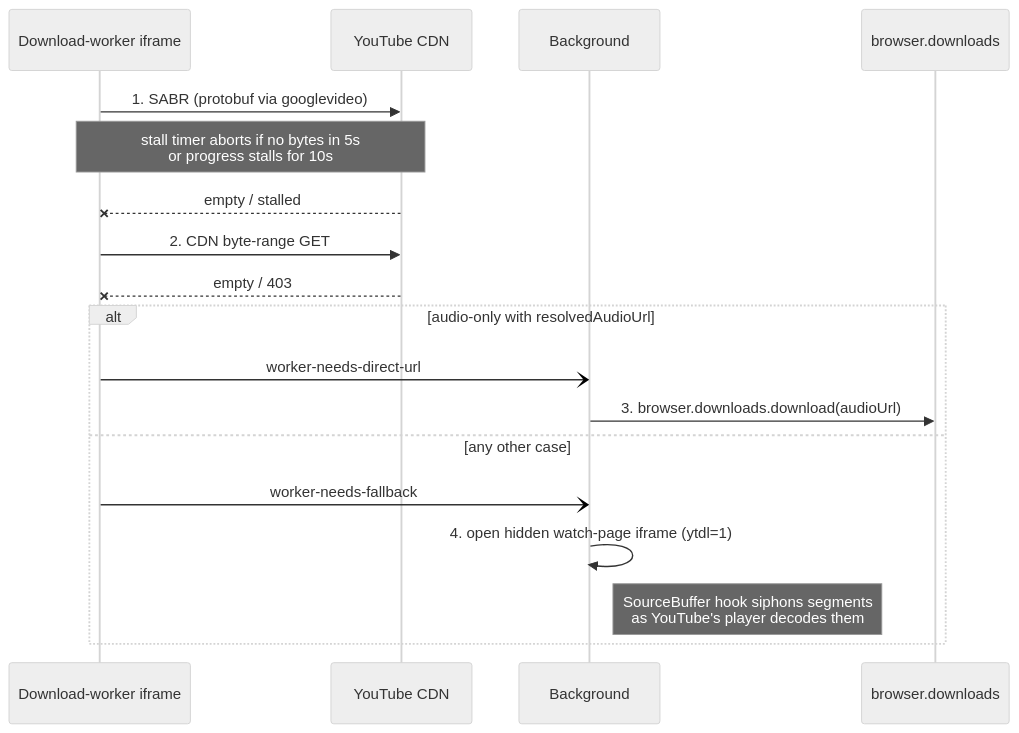
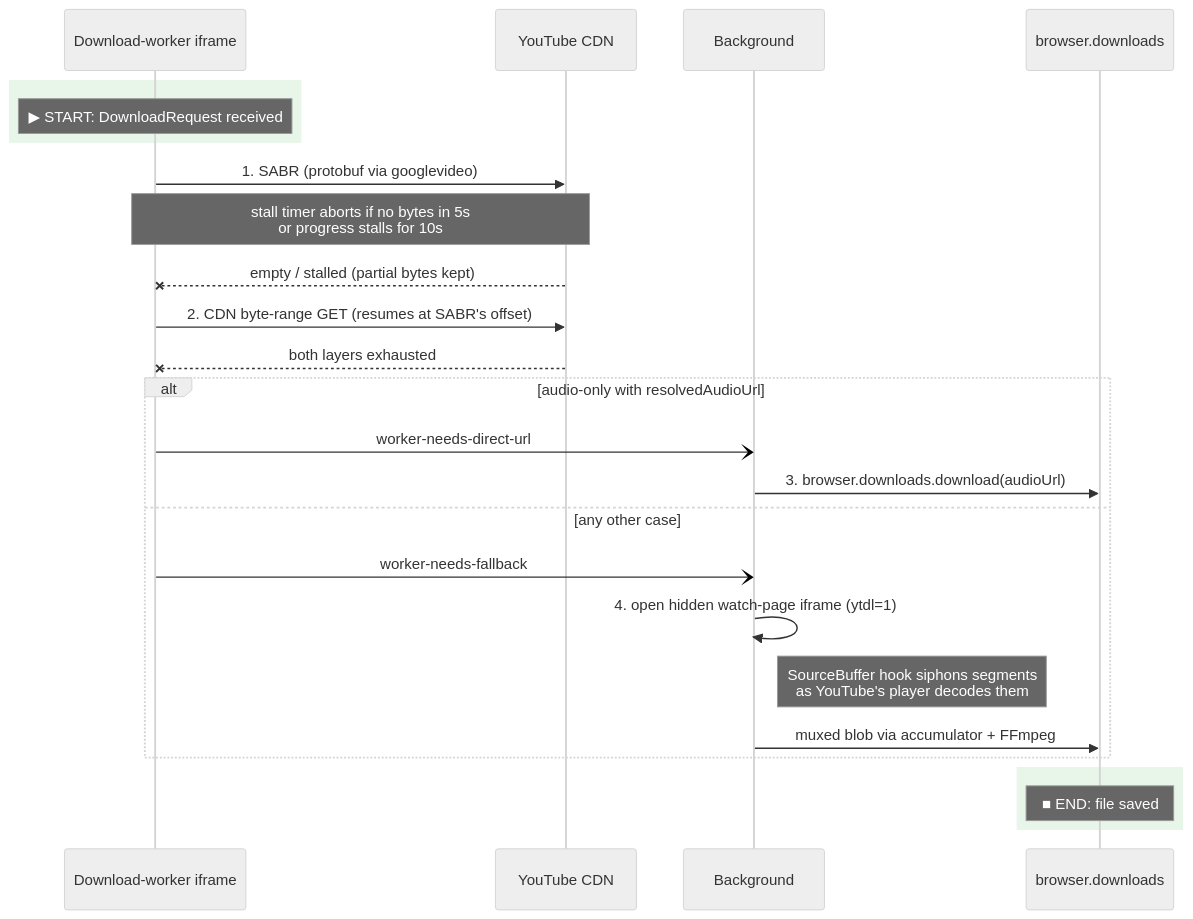
The second of 3 diagrams in ARCHITECTURE.md (avi12/youtube-downloader), drawn with Mermaid (neutral theme) before and after one commit.

Commit message:
ARCHITECTURE: mark START/END in Chrome sequence diagram

````diff
--- a/ARCHITECTURE.md
+++ b/ARCHITECTURE.md
@@ -98,21 +98,28 @@
 ```mermaid
 sequenceDiagram
     participant W as Download-worker iframe
     participant CDN as YouTube CDN
     participant BG as Background
     participant DL as browser.downloads
 
+    rect rgb(232, 245, 233)
+      Note over W: ▶ START: DownloadRequest received
+    end
     W->>CDN: 1. SABR (protobuf via googlevideo)
     Note over W,CDN: stall timer aborts if no bytes in 5s<br/>or progress stalls for 10s
-    CDN--xW: empty / stalled
-    W->>CDN: 2. CDN byte-range GET
-    CDN--xW: empty / 403
+    CDN--xW: empty / stalled (partial bytes kept)
+    W->>CDN: 2. CDN byte-range GET (resumes at SABR's offset)
+    CDN--xW: both layers exhausted
     alt audio-only with resolvedAudioUrl
       W-)BG: worker-needs-direct-url
       BG->>DL: 3. browser.downloads.download(audioUrl)
     else any other case
       W-)BG: worker-needs-fallback
       BG->>BG: 4. open hidden watch-page iframe (ytdl=1)
       Note right of BG: SourceBuffer hook siphons segments<br/>as YouTube's player decodes them
+      BG->>DL: muxed blob via accumulator + FFmpeg
+    end
+    rect rgb(232, 245, 233)
+      Note over DL: ■ END: file saved
     end
 ```
````
